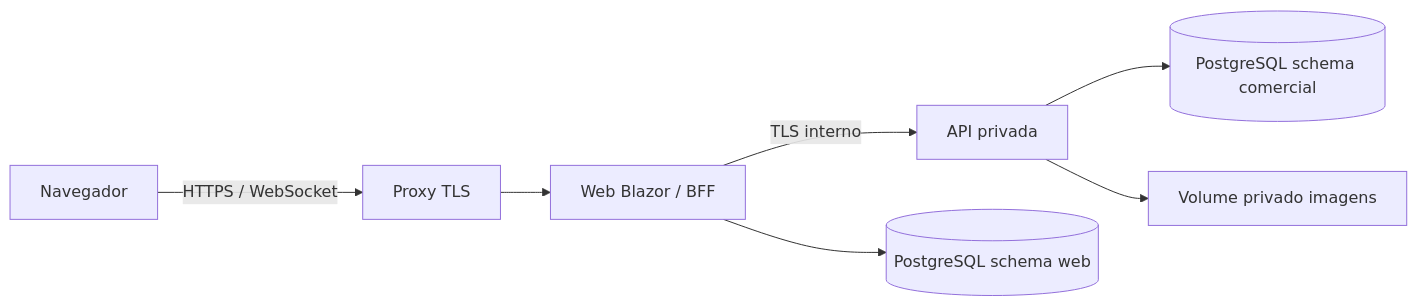
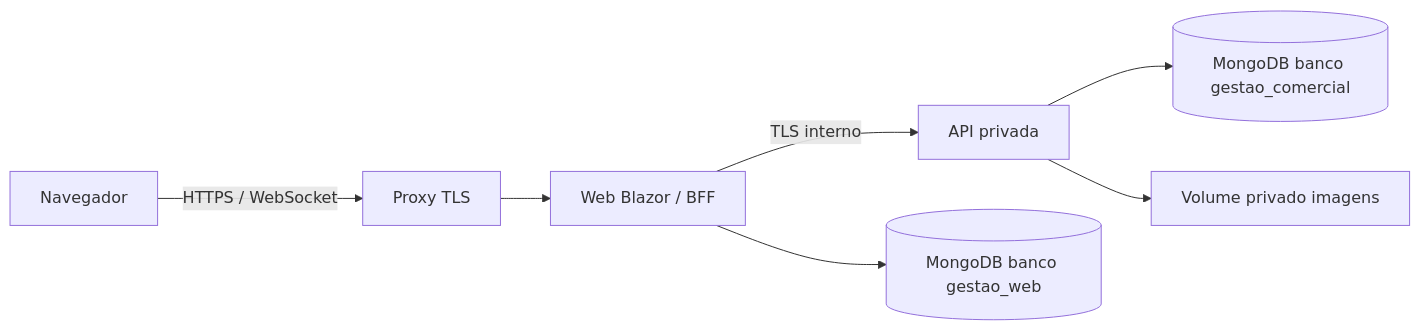
The diagram in docs/architecture/10-DEPLOY-AMBIENTES.md (argemon/MVPMilton), drawn with Mermaid before and after one commit. The commit also changed other lines of this file and 123 other files, not shown here.

````diff
--- a/docs/architecture/10-DEPLOY-AMBIENTES.md
+++ b/docs/architecture/10-DEPLOY-AMBIENTES.md
@@ -5,9 +8,9 @@
 ```mermaid
 flowchart LR
     B[Navegador] -->|HTTPS / WebSocket| P[Proxy TLS]
     P --> W[Web Blazor / BFF]
     W -->|TLS interno| A[API privada]
-    W --> WS[(PostgreSQL schema web)]
-    A --> DB[(PostgreSQL schema comercial)]
+    W --> WS[(MongoDB banco gestao_web)]
+    A --> DB[(MongoDB banco gestao_comercial)]
     A --> IMG[Volume privado imagens]
 ```
````
